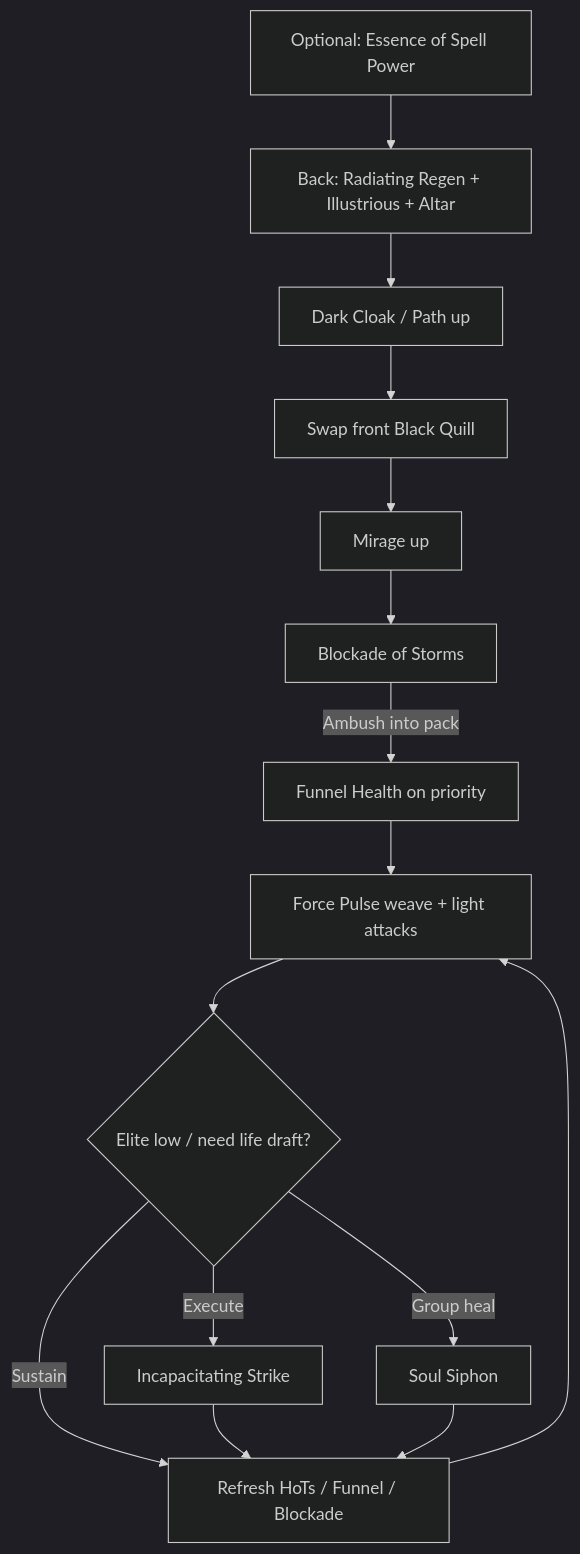
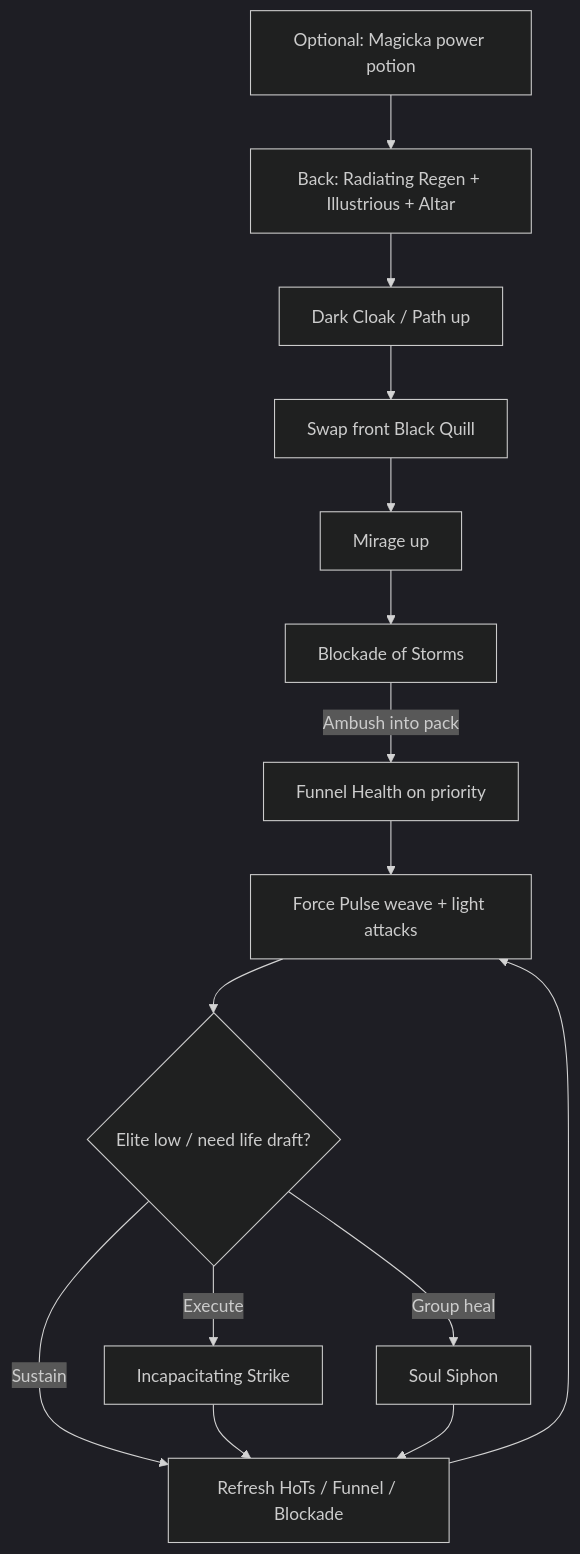
The second of 3 diagrams in examples/solaegis/eu/dolu_tanesi_plan.md (solaegis/CharacterMarkdown), drawn with Mermaid (dark theme) before and after one commit. The commit also changed other lines of this file and 45 other files, not shown here.

````diff
--- a/examples/solaegis/eu/dolu_tanesi_plan.md
+++ b/examples/solaegis/eu/dolu_tanesi_plan.md
@@ -140,17 +141,17 @@
 ```mermaid
 flowchart TD
-    potion["Optional: Essence of Spell Power"] --> back["Back: Radiating Regen + Illustrious + Altar"]
+    potion["Optional: Magicka power potion"] --> back["Back: Radiating Regen + Illustrious + Altar"]
     back --> cloak["Dark Cloak / Path up"]
     cloak --> swap["Swap front Black Quill"]
     swap --> mirage["Mirage up"]
     mirage --> blockade["Blockade of Storms"]
     blockade -->|"Ambush into pack"| funnel["Funnel Health on priority"]
     funnel --> pulse["Force Pulse weave + light attacks"]
     pulse --> exec{"Elite low / need life draft?"}
     exec -->|"Execute"| strike["Incapacitating Strike"]
     exec -->|"Group heal"| siphon["Soul Siphon"]
     exec -->|"Sustain"| refresh["Refresh HoTs / Funnel / Blockade"]
     strike --> refresh
     siphon --> refresh
     refresh --> pulse
 ```
````
